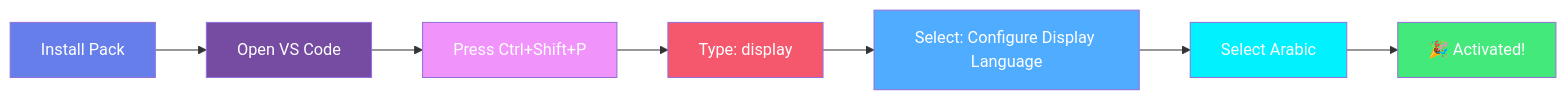
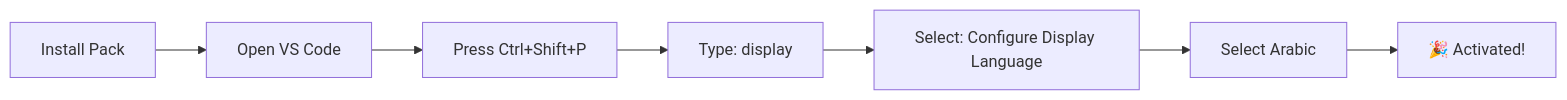
One commit to almhajer/Arabic-for-visual-studio-code changed the diagram in README_EN.md. Above: the diagram before and after it, drawn with Mermaid.

Commit message:
الاصدار 0.0.8

````diff
--- a/README_EN.md
+++ b/README_EN.md
@@ -185,17 +185,9 @@
 ```mermaid
 graph LR
     A[Install Pack] --> B[Open VS Code]
     B --> C[Press Ctrl+Shift+P]
     C --> D[Type: display]
     D --> E[Select: Configure Display Language]
     E --> F[Select Arabic]
     F --> G[🎉 Activated!]
-    
-    style A fill:#667eea,color:#fff
-    style B fill:#764ba2,color:#fff
-    style C fill:#f093fb,color:#fff
-    style D fill:#f5576c,color:#fff
-    style E fill:#4facfe,color:#fff
-    style F fill:#00f2fe,color:#fff
-    style G fill:#43e97b,color:#fff
 ```
````
